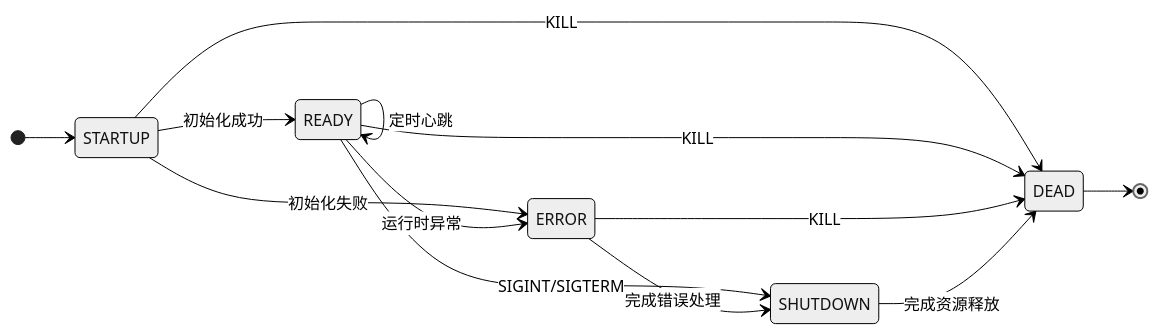
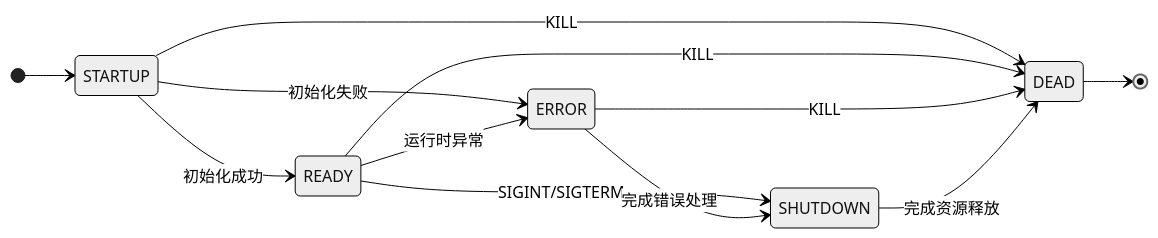
The second of 2 diagrams in docs/multiprocessing_design.md (izmttk/ullm), drawn with Mermaid (neutral theme) before and after one commit. The commit also changed other lines of this file and 3 other files, not shown here.

````diff
--- a/docs/multiprocessing_design.md
+++ b/docs/multiprocessing_design.md
@@ -46,16 +46,15 @@
 ```mermaid
 stateDiagram-v2
   direction LR
   [*] --> STARTUP
   STARTUP --> READY:初始化成功
   STARTUP --> ERROR:初始化失败
   STARTUP --> DEAD:KILL
-  READY --> READY:定时心跳
   READY --> ERROR:运行时异常
   READY --> SHUTDOWN:SIGINT/SIGTERM
   READY --> DEAD:KILL
   ERROR --> SHUTDOWN:完成错误处理
   ERROR --> DEAD:KILL
   SHUTDOWN --> DEAD:完成资源释放
   DEAD --> [*]
 ```
````
